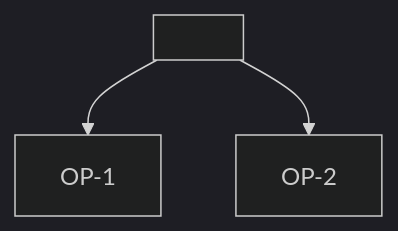
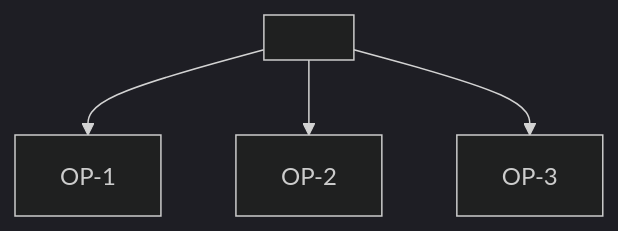
One commit to furkansarikaya/proofline changed the diagram in skills/product-discovery/assets/OPPORTUNITIES.template.md. Above: the diagram before and after it, drawn with Mermaid (dark theme). The commit also changed other lines of this file and 48 other files, not shown here.

````diff
--- a/skills/product-discovery/assets/OPPORTUNITIES.template.md
+++ b/skills/product-discovery/assets/OPPORTUNITIES.template.md
@@ -14,5 +15,6 @@
 ```mermaid
 graph TD
   G[<goal>] --> OP-1
   G --> OP-2
+  G --> OP-3
 ```
````
